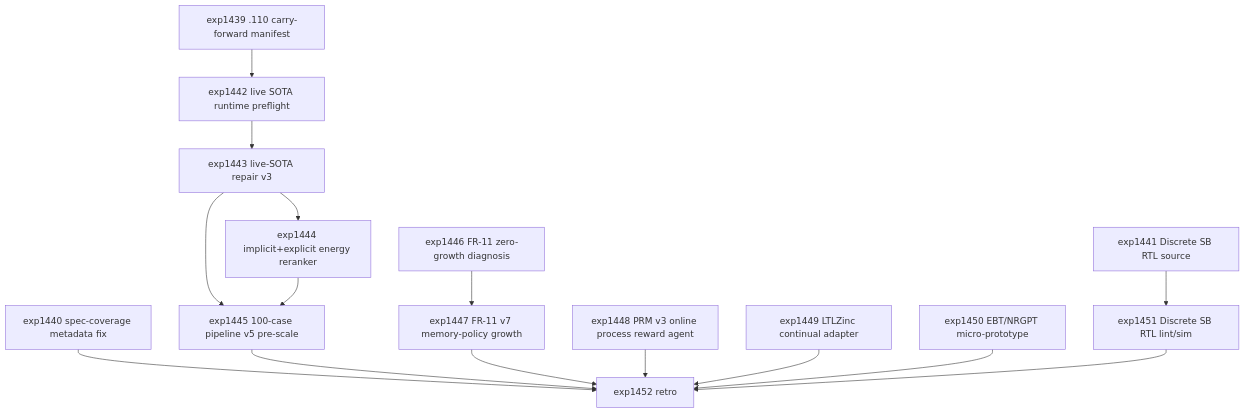
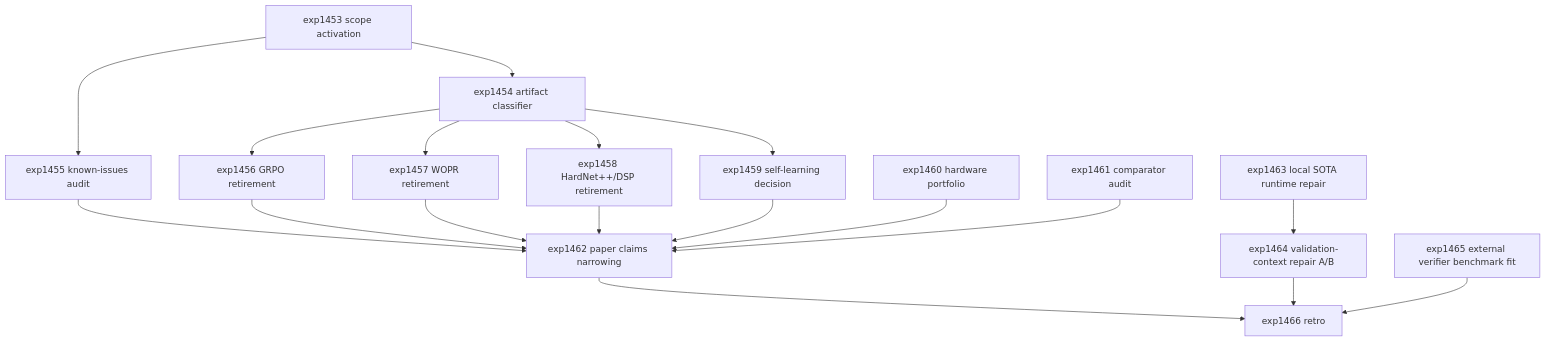
Before and after one commit to Carnot-EBM/carnot-ebm: the diagram in openspec/change-proposals/research-roadmap-vNEXT.md, drawn with Mermaid. The commit also changed other lines of this file and 5 other files, not shown here.

````diff
--- a/openspec/change-proposals/research-roadmap-vNEXT.md
+++ b/openspec/change-proposals/research-roadmap-vNEXT.md
@@ -141,32 +158,35 @@
 ```mermaid
 graph TD
-  A[exp1439 .110 carry-forward manifest]
-  B[exp1440 spec-coverage metadata fix]
-  C[exp1441 Discrete SB RTL source]
-  D[exp1442 live SOTA runtime preflight]
-  E[exp1443 live-SOTA repair v3]
-  F[exp1444 implicit+explicit energy reranker]
-  G[exp1445 100-case pipeline v5 pre-scale]
-  H[exp1446 FR-11 zero-growth diagnosis]
-  I[exp1447 FR-11 v7 memory-policy growth]
-  J[exp1448 PRM v3 online process reward agent]
-  K[exp1449 LTLZinc continual adapter]
-  L[exp1450 EBT/NRGPT micro-prototype]
-  M[exp1451 Discrete SB RTL lint/sim]
-  N[exp1452 retro]
+  A[exp1453 scope activation]
+  B[exp1454 artifact classifier]
+  C[exp1455 known-issues audit]
+  D[exp1456 GRPO retirement]
+  E[exp1457 WOPR retirement]
+  F[exp1458 HardNet++/DSP retirement]
+  G[exp1459 self-learning decision]
+  H[exp1460 hardware portfolio]
+  I[exp1461 comparator audit]
+  J[exp1462 paper claims narrowing]
+  K[exp1463 local SOTA runtime repair]
+  L[exp1464 validation-context repair A/B]
+  M[exp1465 external verifier benchmark fit]
+  N[exp1466 retro]
 
-  A --> D
-  D --> E
-  E --> F
-  E --> G
-  F --> G
-  H --> I
-  C --> M
-  B --> N
-  G --> N
-  I --> N
+  A --> B
+  A --> C
+  B --> D
+  B --> E
+  B --> F
+  B --> G
+  C --> J
+  D --> J
+  E --> J
+  F --> J
+  G --> J
+  H --> J
+  I --> J
+  K --> L
   J --> N
-  K --> N
   L --> N
   M --> N
 ```
````
